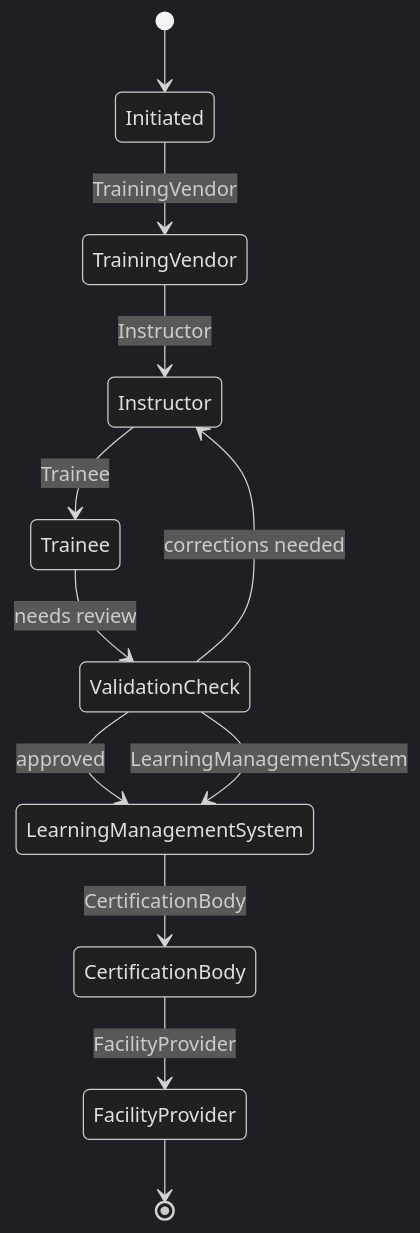
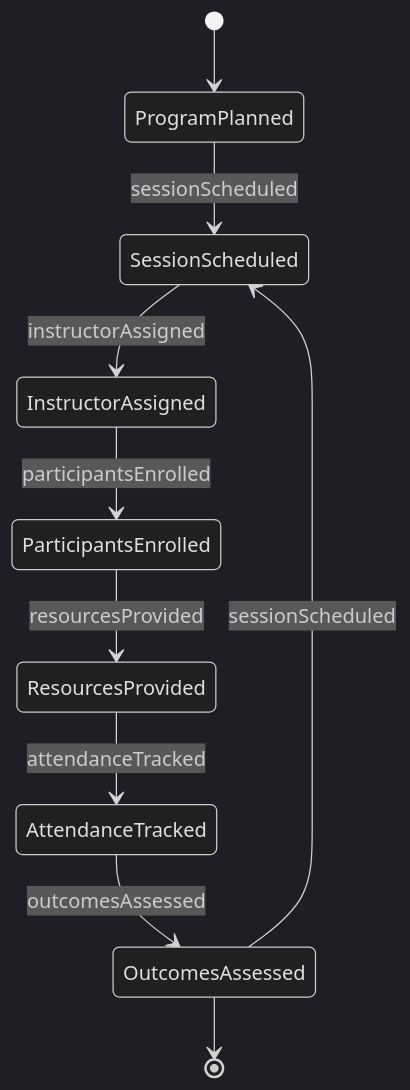
Before and after one commit to dot-org-ai/tasks.org.ai: the second of 4 diagrams in GuidingDirectingAndMotivatingSubordinates/ManageHumanResourcesActivities/CoordinateTrainingActivities.mdx, drawn with Mermaid (dark theme). The commit also changed other lines of this file and 515 other files, not shown here.

````diff
--- a/GuidingDirectingAndMotivatingSubordinates/ManageHumanResourcesActivities/CoordinateTrainingActivities.mdx
+++ b/GuidingDirectingAndMotivatingSubordinates/ManageHumanResourcesActivities/CoordinateTrainingActivities.mdx
@@ -105,14 +101,12 @@
 ```mermaid
 stateDiagram-v2
-    [*] --> Initiated
-    Initiated --> TrainingVendor: TrainingVendor
-    TrainingVendor --> Instructor: Instructor
-    Instructor --> Trainee: Trainee
-    Trainee --> ValidationCheck: needs review
-    ValidationCheck --> Instructor: corrections needed
-    ValidationCheck --> LearningManagementSystem: approved
-    ValidationCheck --> LearningManagementSystem: LearningManagementSystem
-    LearningManagementSystem --> CertificationBody: CertificationBody
-    CertificationBody --> FacilityProvider: FacilityProvider
-    FacilityProvider --> [*]
+    [*] --> ProgramPlanned
+    ProgramPlanned --> SessionScheduled : sessionScheduled
+    SessionScheduled --> InstructorAssigned : instructorAssigned
+    InstructorAssigned --> ParticipantsEnrolled : participantsEnrolled
+    ParticipantsEnrolled --> ResourcesProvided : resourcesProvided
+    ResourcesProvided --> AttendanceTracked : attendanceTracked
+    AttendanceTracked --> OutcomesAssessed : outcomesAssessed
+    OutcomesAssessed --> SessionScheduled : sessionScheduled
+    OutcomesAssessed --> [*]
 ```
````
